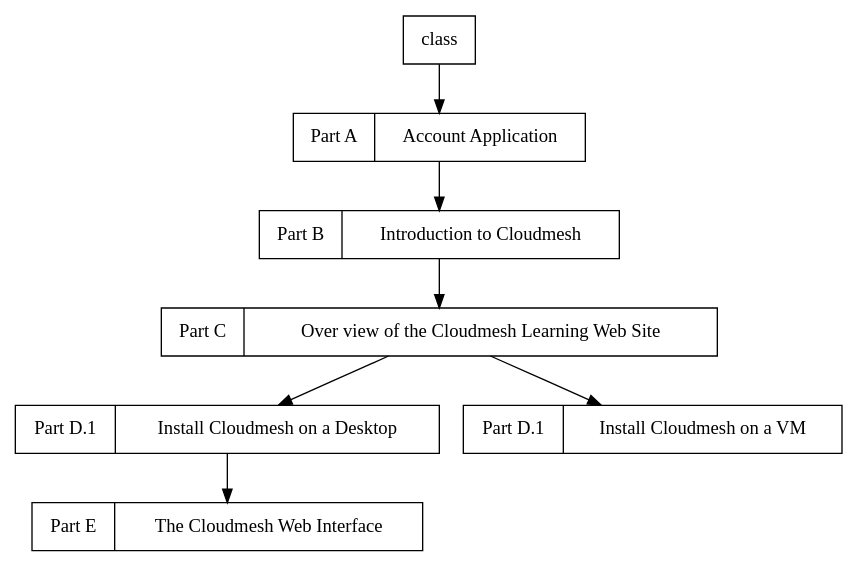
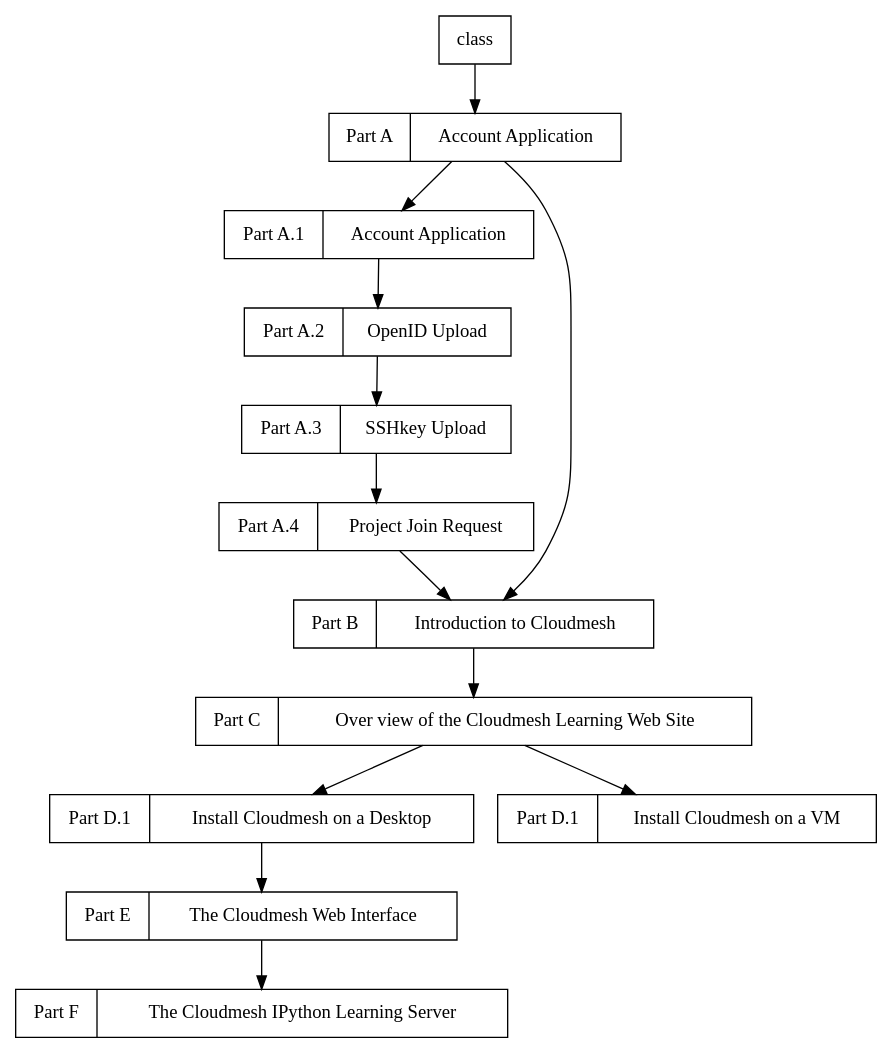
The diagram in docs/source/class/i590.rst (cloudmesh/useful-introduction_to_cloud-2015), drawn with Graphviz before and after one commit. The commit also changed other lines of this file and 1 other file, not shown here.

Commit message:
add new ipython

```diff
--- a/docs/source/class/i590.rst
+++ b/docs/source/class/i590.rst
@@ -13,38 +13,60 @@
 .. graphviz::
 
       digraph foo {
 	   node [shape=record];
 
-
 	   a [label="Part A | Account Application ",
 	       URL="http://www.youtube.com/watch?v=CwHFaluDgzc", 
+	       target="_blank"];
+
+	   a1 [label="Part A.1 | Account Application ",
+	       URL="http://www.youtube.com/watch?v=c7mjKI8mJws", 
+	       target="_blank"];
+
+	   a2 [label="Part A.2 | OpenID Upload ",
+	       URL="http://www.youtube.com/watch?v=rZzpCYWDEpI", 
+	       target="_blank"];
+
+	   a3 [label="Part A.3 | SSHkey Upload ",
+	       URL="http://www.youtube.com/watch?v=4wjVwQbOlSU", 
+	       target="_blank"];
+
+	   a4 [label="Part A.4 | Project Join Request",
+	       URL="http://www.youtube.com/watch?v=5xQiPBwt58s", 
 	       target="_blank"];
 
 	   b [label="Part B | Introduction to Cloudmesh ",
 	       URL="http://www.youtube.com/watch?v=njHHjRMb7V8", 
 	       target="_blank"];
 
 	   c [label="Part C | Over view of the Cloudmesh Learning Web Site",
 	       URL="http://www.youtube.com/watch?v=uGIPmiJ0cxg", 
 	       target="_blank"];
 
 	   d1 [label="Part D.1 | Install Cloudmesh on a Desktop",
 	       URL="http://www.youtube.com/watch?v=lGiJifD0VgU", 
 	       target="_blank"];
 
 	   d2 [label="Part D.1 | Install Cloudmesh on a VM",
 	       URL="http://www.youtube.com/watch?v=rcecpgm-47g", 
 	       target="_blank"];
 
 	   e  [label="Part E | The Cloudmesh Web Interface",
 	       URL="http://www.youtube.com/watch?v=l_P4G85rysA", 
 	       target="_blank"];
 
+	   f  [label="Part F | The Cloudmesh IPython Learning Server",
+	       URL="http://www.youtube.com/watch?v=1dn_av-zC00", 
+	       target="_blank"];
 
+           subgraph accounts {
+	       a1 -> a2 -> a3 -> a4 
+           }
 
-
+	   a -> a1 [lhead=accounts];
+	   a4 -> b [ltail=accounts];
 	   class -> a -> b -> c ;
 	   c -> d1;
 	   c -> d2;
-	   d1 -> e;
+	   d1 -> e -> f ;
       }
```
